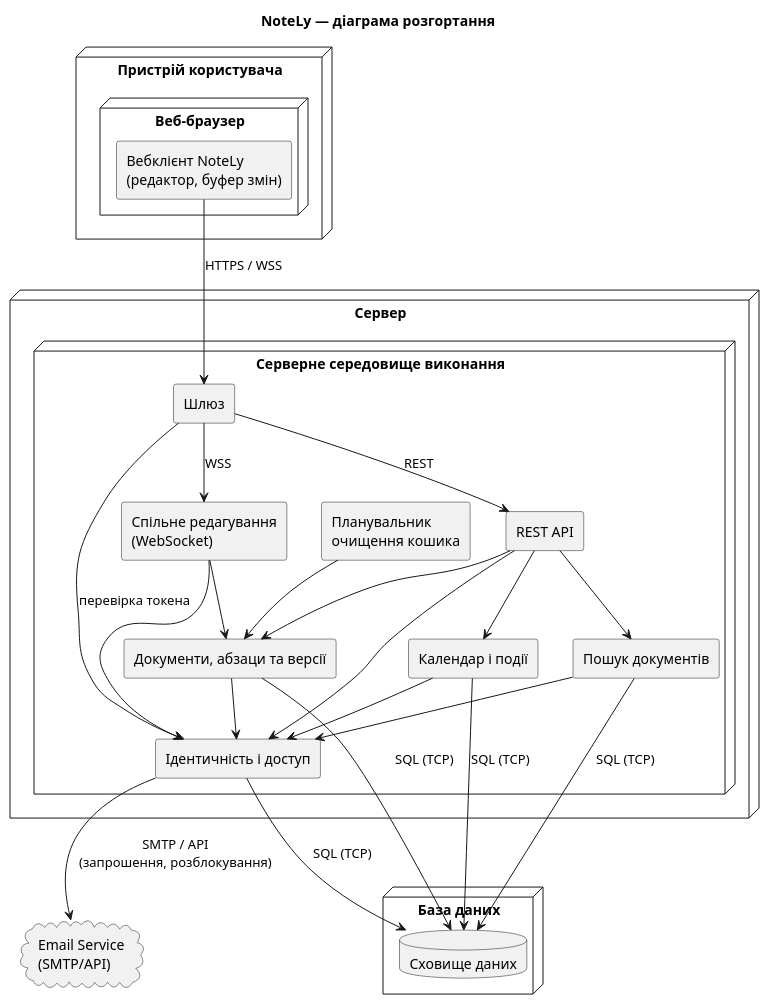
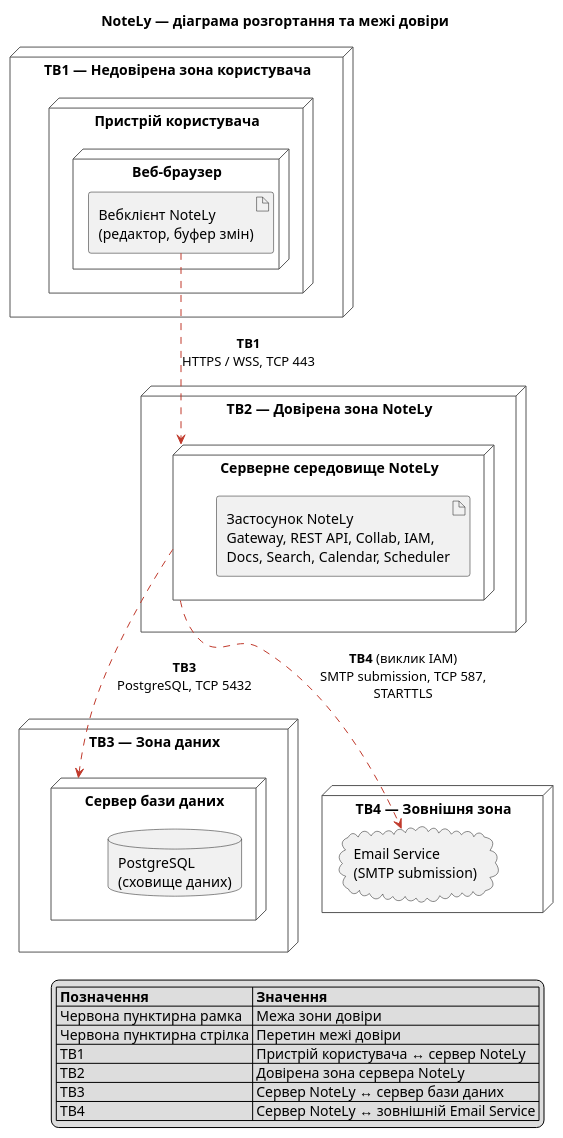
Before and after one commit to ukma-fin-ssdm-2026/noproblem: the diagram in docs/architecture/uml/deployment_diagram.puml, drawn with PlantUML. The commit also changed 1 other file, not shown here.

Commit message:
Fixing HLD and deployment diagram

```diff
--- a/docs/architecture/uml/deployment_diagram.puml
+++ b/docs/architecture/uml/deployment_diagram.puml
@@ -1,55 +1,53 @@
-@startuml
-title NoteLy — діаграма розгортання
+@startuml 
+title NoteLy — діаграма розгортання та межі довіри
 
 skinparam shadowing false
-skinparam componentStyle rectangle
+skinparam node {
+  BackgroundColor white
+  BorderColor #555555
+}
+skinparam node<<TrustBoundary>> {
+  BorderColor #C0392B
+  BorderStyle dashed
+  BorderThickness 2
+}
 
-node "Пристрій користувача" {
-  node "Веб-браузер" {
-    component "Вебклієнт NoteLy\n(редактор, буфер змін)" as Web
+legend right
+  |= Позначення |= Значення |
+  | Червона пунктирна рамка | Межа зони довіри |
+  | Червона пунктирна стрілка | Перетин межі довіри |
+  | TB1 | Пристрій користувача ↔ сервер NoteLy |
+  | TB2 | Довірена зона сервера NoteLy |
+  | TB3 | Сервер NoteLy ↔ сервер бази даних |
+  | TB4 | Сервер NoteLy ↔ зовнішній Email Service |
+endlegend
+
+node "TB1 — Недовірена зона користувача" as UserZone {
+  node "Пристрій користувача" as UserDevice {
+    node "Веб-браузер" as Browser {
+      artifact "Вебклієнт NoteLy\n(редактор, буфер змін)" as WebClient
+    }
   }
 }
 
-node "Сервер"{
-  node "Серверне середовище виконання" {
-    component "Шлюз" as GW
-    component "REST API" as API
-    component "Спільне редагування\n(WebSocket)" as Collab
-    component "Ідентичність і доступ" as IAM
-    component "Документи, абзаци та версії" as Docs
-    component "Пошук документів" as Search
-    component "Календар і події" as Calendar
-    component "Планувальник\nочищення кошика" as Scheduler
+node "TB2 — Довірена зона NoteLy" as ServerZone {
+  node "Серверне середовище NoteLy" as AppServer {
+    artifact "Застосунок NoteLy\nGateway, REST API, Collab, IAM,\nDocs, Search, Calendar, Scheduler" as App
   }
 }
 
-node "База даних" {
-  database "Сховище даних" as DB
+node "TB3 — Зона даних" as DataZone {
+  node "Сервер бази даних" as DatabaseServer {
+    database "PostgreSQL\n(сховище даних)" as DB
+  }
 }
 
-cloud "Email Service\n(SMTP/API)" as Mail
+node "TB4 — Зовнішня зона" as ExternalZone {
+  cloud "Email Service\n(SMTP submission)" as Mail
+}
 
-Web --> GW : HTTPS / WSS
-GW --> API : REST
-GW --> Collab : WSS
-GW --> IAM : перевірка токена
-
-API --> IAM
-API --> Docs
-API --> Search
-API --> Calendar
-Collab --> IAM
-Collab --> Docs
-Docs --> IAM
-Search --> IAM
-Calendar --> IAM
-Scheduler --> Docs
-
-Docs --> DB : SQL (TCP)
-IAM --> DB : SQL (TCP)
-Search --> DB : SQL (TCP)
-Calendar --> DB : SQL (TCP)
-
-IAM --> Mail : SMTP / API\n(запрошення, розблокування)
+WebClient -[#C0392B,dashed]-> AppServer : <b>TB1</b>\nHTTPS / WSS, TCP 443
+AppServer -[#C0392B,dashed]-> DatabaseServer : <b>TB3</b>\nPostgreSQL, TCP 5432
+AppServer -[#C0392B,dashed]-> Mail : <b>TB4</b> (виклик IAM)\nSMTP submission, TCP 587,\nSTARTTLS
 
 @enduml
```
